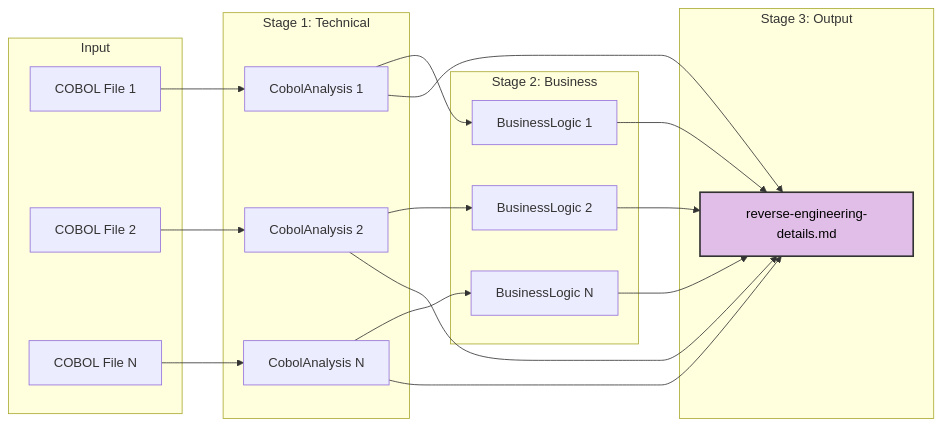
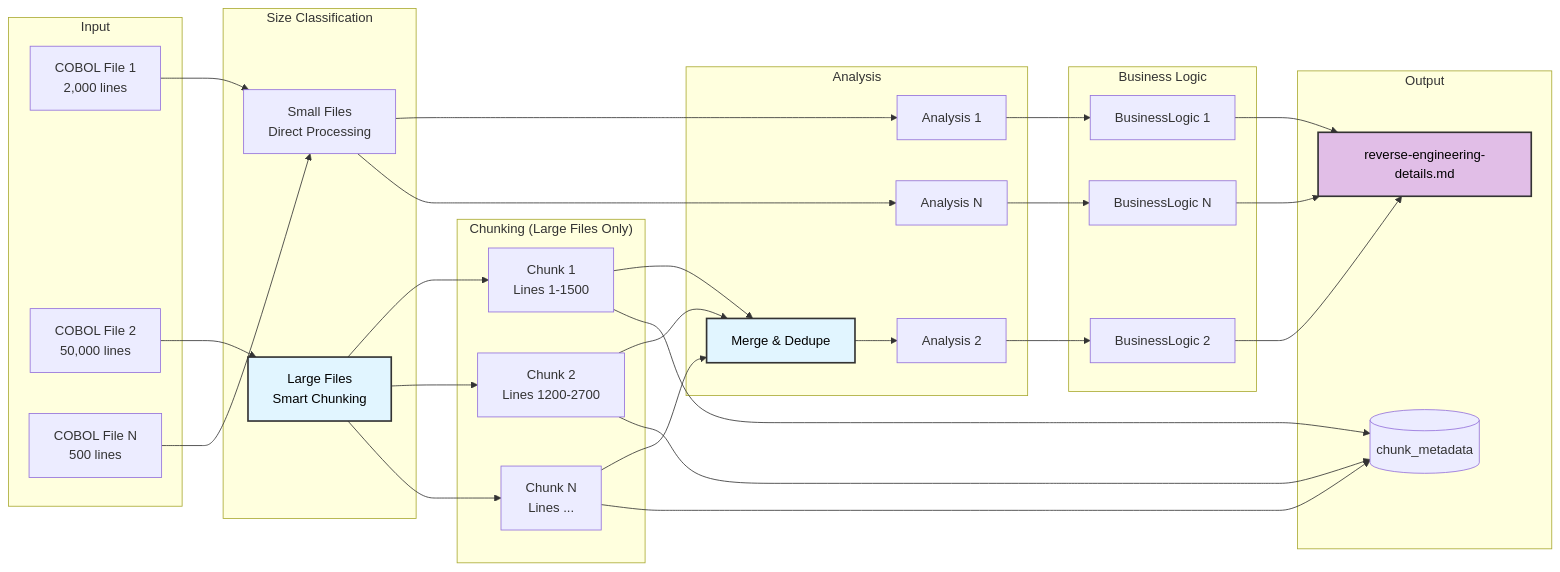
The sixth of 7 diagrams in REVERSE_ENGINEERING_ARCHITECTURE.md (Azure-Samples/Legacy-Modernization-Agents), drawn with Mermaid before and after one commit. The commit also changed other lines of this file and 91 other files, not shown here.

First line of the commit message:
feat: Smart Chunking with .NET/Java support

````diff
--- a/REVERSE_ENGINEERING_ARCHITECTURE.md
+++ b/REVERSE_ENGINEERING_ARCHITECTURE.md
@@ -162,34 +317,52 @@
 ```mermaid
 flowchart LR
     subgraph Input
-        F1[COBOL File 1]
-        F2[COBOL File 2]
-        F3[COBOL File N]
+        F1[COBOL File 1<br/>2,000 lines]
+        F2[COBOL File 2<br/>50,000 lines]
+        F3[COBOL File N<br/>500 lines]
     end
     
-    subgraph "Stage 1: Technical"
-        A1[CobolAnalysis 1]
-        A2[CobolAnalysis 2]
-        A3[CobolAnalysis N]
+    subgraph "Size Classification"
+        Small[Small Files<br/>Direct Processing]
+        Large[Large Files<br/>Smart Chunking]
     end
     
-    subgraph "Stage 2: Business"
+    subgraph "Chunking (Large Files Only)"
+        C1[Chunk 1<br/>Lines 1-1500]
+        C2[Chunk 2<br/>Lines 1200-2700]
+        C3[Chunk N<br/>Lines ...]
+    end
+    
+    subgraph "Analysis"
+        A1[Analysis 1]
+        A2[Analysis 2]
+        A3[Analysis N]
+        Merge[Merge & Dedupe]
+    end
+    
+    subgraph "Business Logic"
         B1[BusinessLogic 1]
         B2[BusinessLogic 2]
         B3[BusinessLogic N]
     end
     
-    subgraph "Stage 3: Output"
+    subgraph "Output"
         BL[reverse-engineering-details.md]
+        DB[(chunk_metadata)]
     end
     
-    F1 --> A1 --> B1 --> BL
-    F2 --> A2 --> B2 --> BL
-    F3 --> A3 --> B3 --> BL
+    F1 --> Small --> A1
+    F3 --> Small --> A3
+    F2 --> Large --> C1 & C2 & C3
+    C1 & C2 & C3 --> Merge --> A2
     
-    A1 --> BL
-    A2 --> BL
-    A3 --> BL
+    A1 --> B1 --> BL
+    A2 --> B2 --> BL
+    A3 --> B3 --> BL
     
+    C1 & C2 & C3 --> DB
+    
+    style Large fill:#e1f5ff,stroke:#333,stroke-width:2px,color:#000
+    style Merge fill:#e1f5ff,stroke:#333,stroke-width:2px,color:#000
     style BL fill:#e1bee7,stroke:#333,stroke-width:2px,color:#000
 ```
````
